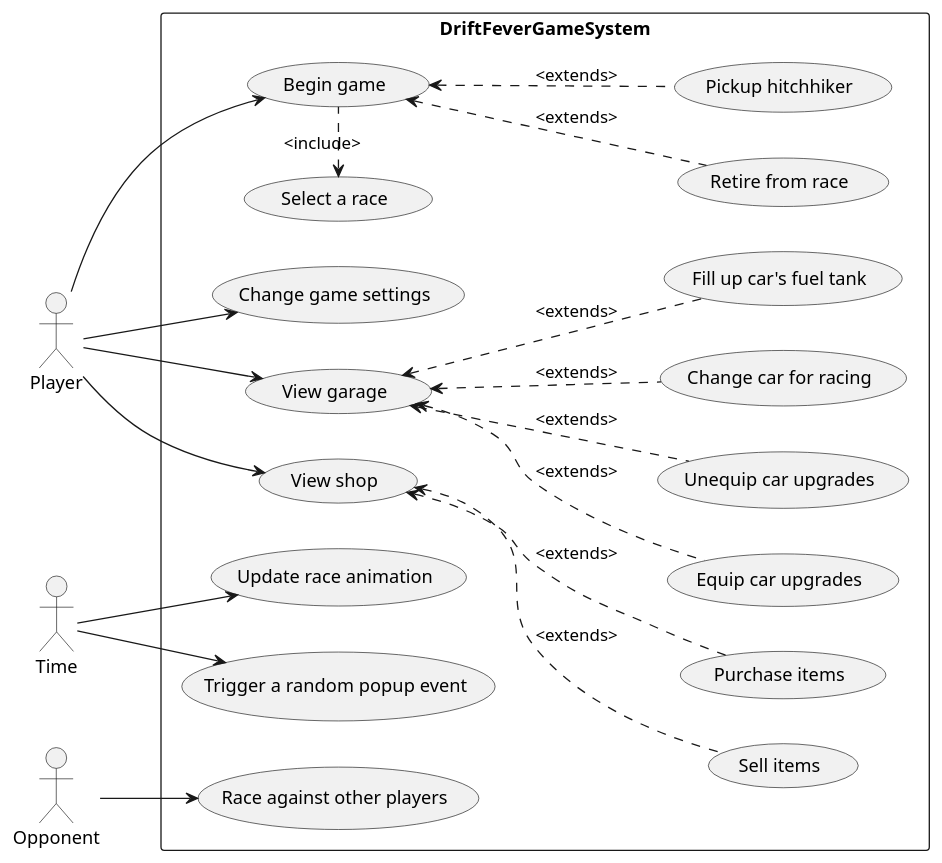
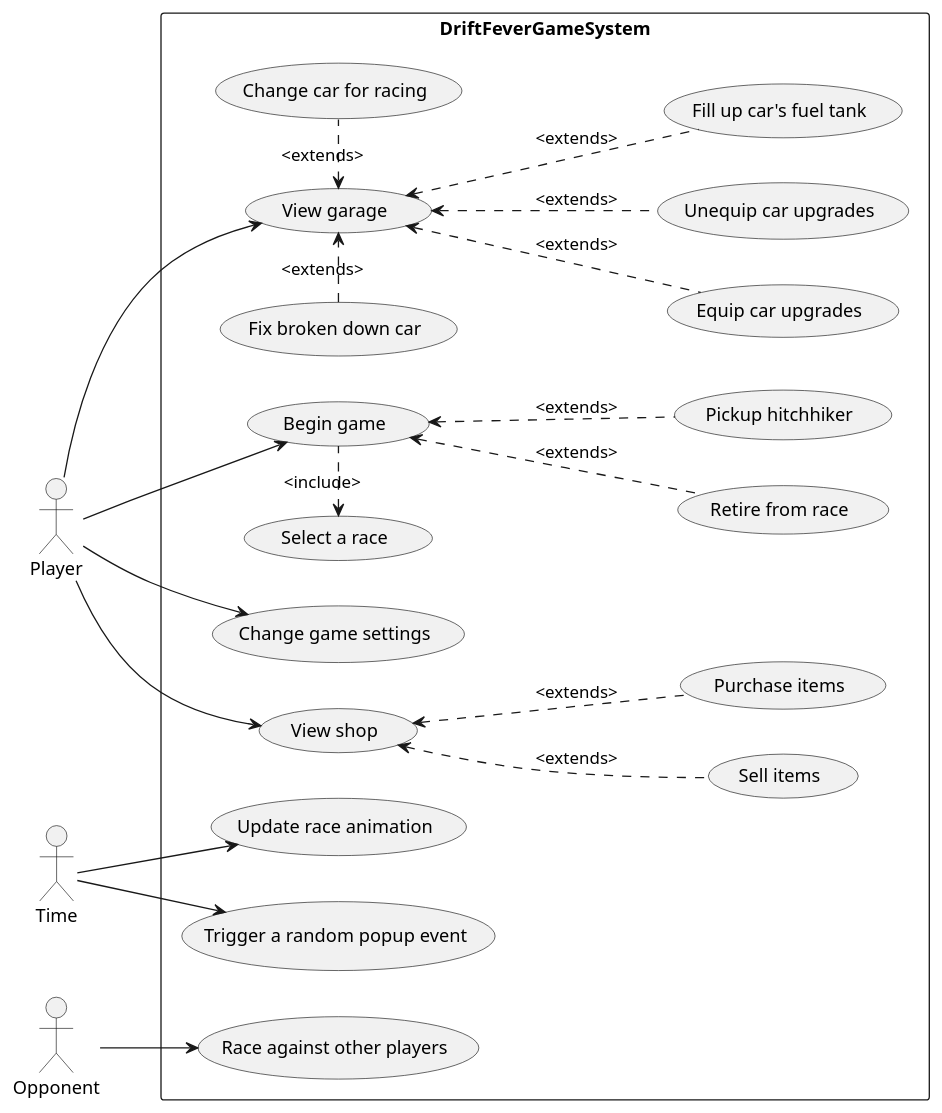
Before and after one commit to riz3ndrr/seng201-project-driftfever: the diagram in uml-diagrams/use-case.puml, drawn with PlantUML. The commit also changed 4 other files, not shown here.

First line of the commit message:
Finalised the UML diagrams along with uploading the PNGs.

```diff
--- a/uml-diagrams/use-case.puml
+++ b/uml-diagrams/use-case.puml
@@ -1,45 +1,46 @@
 @startuml
 'Alt + D to preview
 
 
 left to right direction
 
 :Player: as Player
 
 :Time: as Time
 :Opponent: as Opp
 rectangle DriftFeverGameSystem {
 
 Player --> (Change game settings)
 
 
 Player --> (View garage)  
 (View garage) <.. (Equip car upgrades) : <extends>
 (View garage) <.. (Unequip car upgrades) : <extends>
-(View garage) <.. (Change car for racing) : <extends>
+(View garage) <.left. (Fix broken down car) : <extends>
+(View garage) <.right. (Change car for racing) : <extends>
 (View garage) <.. (Fill up car's fuel tank) : <extends>
 
 Player --> (View shop)
 (View shop) <.. (Sell items) : <extends>
 (View shop) <.. (Purchase items) : <extends>
 
 
 
 Player --> (Begin game)
 (Begin game) .-left.> (Select a race) : <include>
 (Begin game) <.. (Retire from race) : <extends>
 (Begin game) <.. (Pickup hitchhiker) : <extends>
 
 
 Time --> (Update race animation)
 Time --> (Trigger a random popup event)
 
 Opp --> (Race against other players)
 
 }
 
 
 
 
 
 @enduml
```
